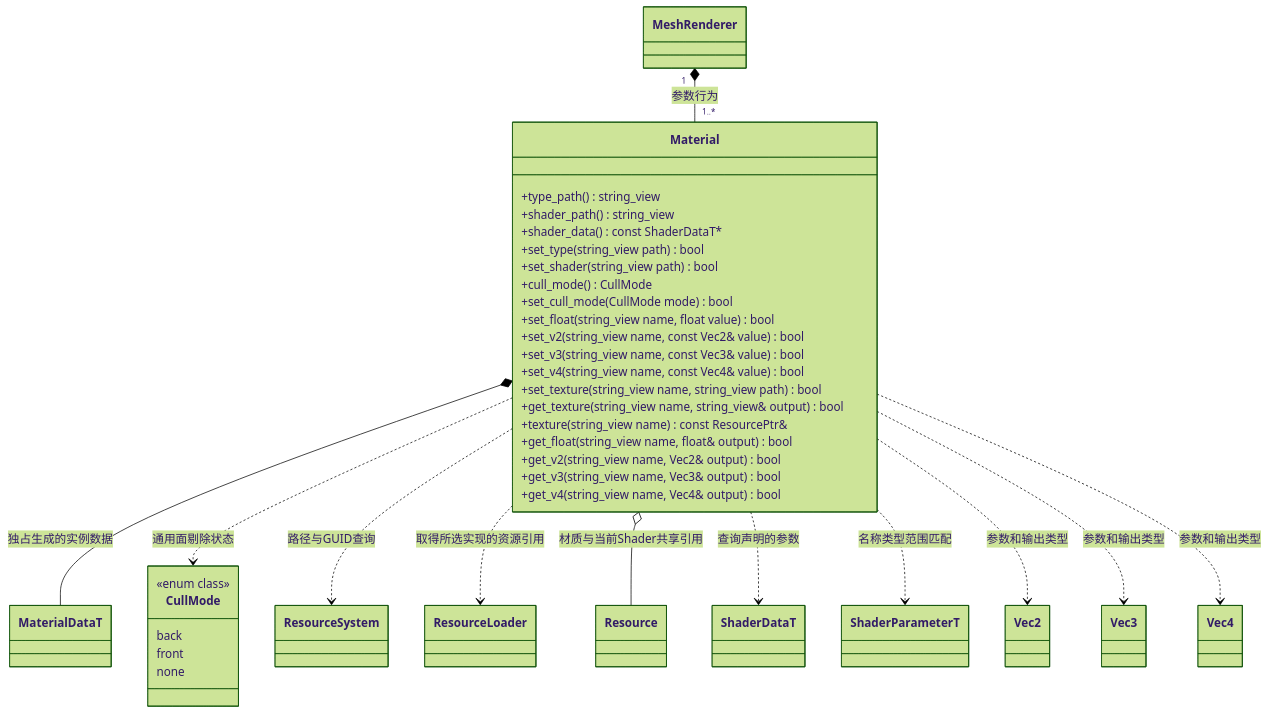
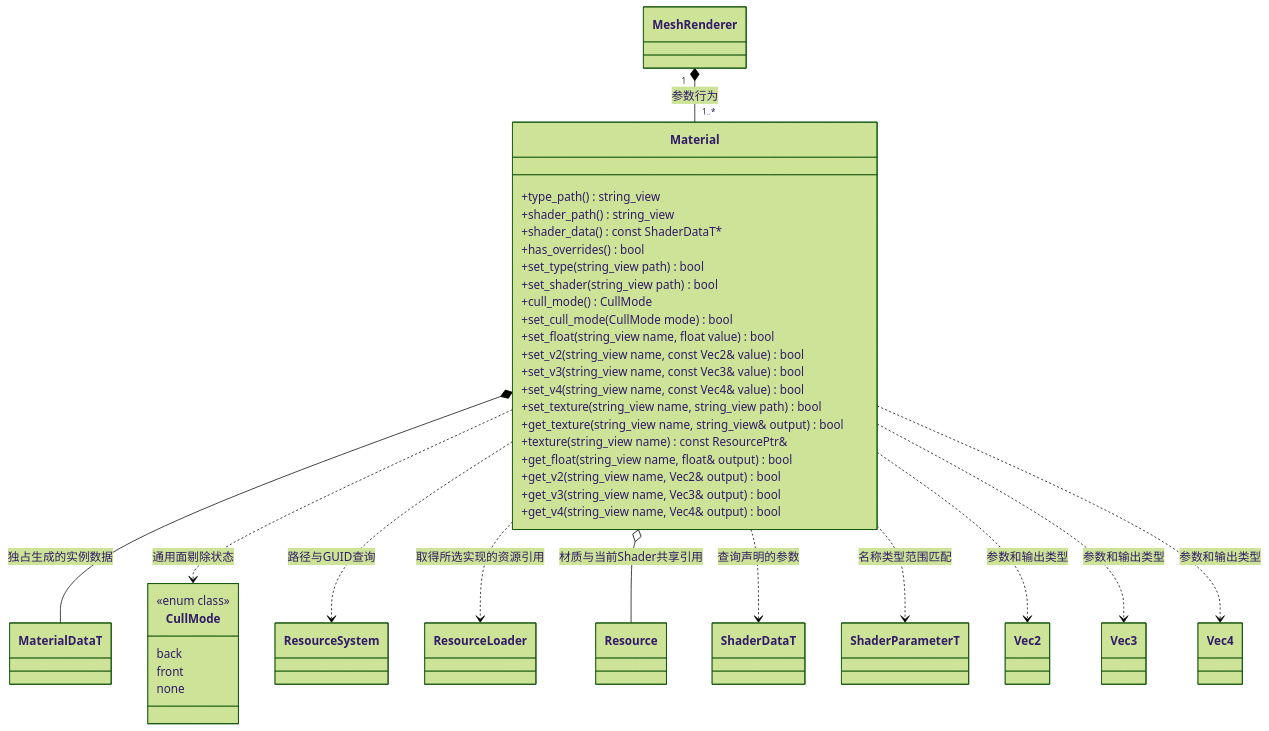
One commit to lcals/Engine changed the diagram in docs/runtime/class-diagrams/material.md. Above: the diagram before and after it, drawn with Mermaid (forest theme). The commit also changed other lines of this file and 78 other files, not shown here.

````diff
--- a/docs/runtime/class-diagrams/material.md
+++ b/docs/runtime/class-diagrams/material.md
@@ -5,50 +5,51 @@
 ```mermaid
 classDiagram
     class Material {
         +type_path() string_view
         +shader_path() string_view
         +shader_data() const ShaderDataT#42;
+        +has_overrides() bool
         +set_type(string_view path) bool
         +set_shader(string_view path) bool
         +cull_mode() CullMode
         +set_cull_mode(CullMode mode) bool
         +set_float(string_view name, float value) bool
         +set_v2(string_view name, const Vec2& value) bool
         +set_v3(string_view name, const Vec3& value) bool
         +set_v4(string_view name, const Vec4& value) bool
         +set_texture(string_view name, string_view path) bool
         +get_texture(string_view name, string_view& output) bool
         +texture(string_view name) const ResourcePtr&
         +get_float(string_view name, float& output) bool
         +get_v2(string_view name, Vec2& output) bool
         +get_v3(string_view name, Vec3& output) bool
         +get_v4(string_view name, Vec4& output) bool
     }
     class MeshRenderer
     class ResourceSystem
     class ResourceLoader
     class Resource
     class MaterialDataT
     class CullMode {
         <<enum class>>
         back
         front
         none
     }
     class ShaderDataT
     class ShaderParameterT
     class Vec2
     class Vec3
     class Vec4
     MeshRenderer "1" *-- "1..*" Material : 参数行为
     Material *-- MaterialDataT : 独占生成的实例数据
     Material ..> CullMode : 通用面剔除状态
     Material ..> ResourceSystem : 路径与GUID查询
     Material ..> ResourceLoader : 取得所选实现的资源引用
     Material o-- Resource : 材质与当前Shader共享引用
     Material ..> ShaderDataT : 查询声明的参数
     Material ..> ShaderParameterT : 名称类型范围匹配
     Material ..> Vec2 : 参数和输出类型
     Material ..> Vec3 : 参数和输出类型
     Material ..> Vec4 : 参数和输出类型
 ```
````
